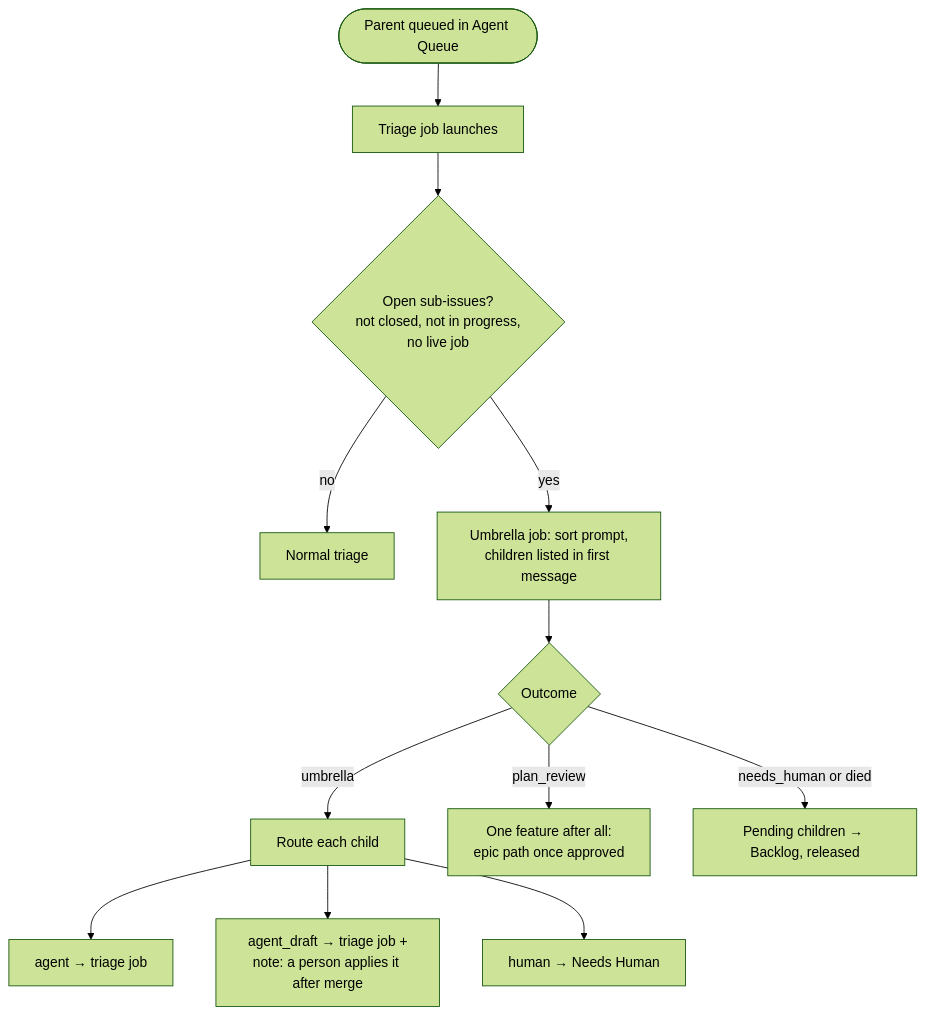
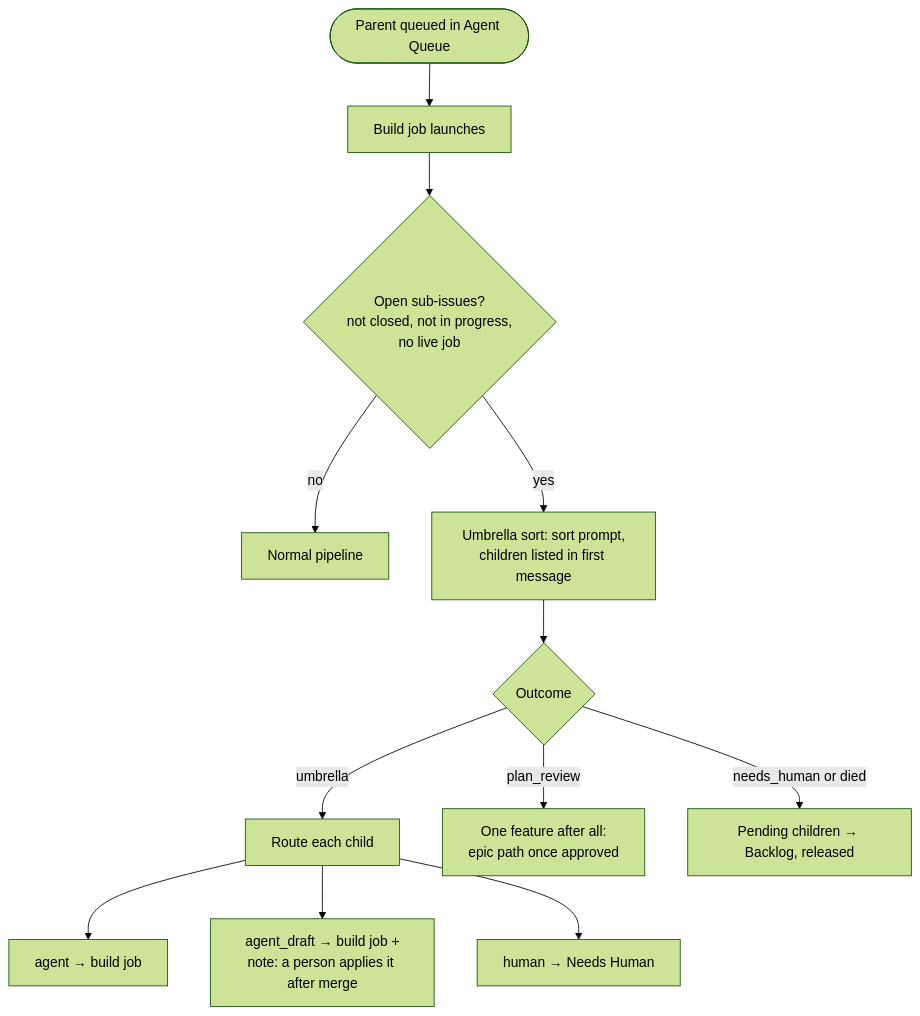
One commit to alairock/agent-console-spec changed the second of 2 diagrams in docs/07-epics-and-umbrellas.md. Above: the diagram before and after it, drawn with Mermaid (forest theme). The commit also changed other lines of this file and 16 other files, not shown here.

First line of the commit message:
Describe the pipeline as the design: one build job per ticket

````diff
--- a/docs/07-epics-and-umbrellas.md
+++ b/docs/07-epics-and-umbrellas.md
@@ -65,14 +69,14 @@
 ```mermaid
 flowchart TD
-  Q([Parent queued in Agent Queue]) --> L[Triage job launches]
+  Q([Parent queued in Agent Queue]) --> L[Build job launches]
   L --> D{Open sub-issues?<br/>not closed, not in progress,<br/>no live job}
-  D -->|no| N[Normal triage]
-  D -->|yes| U[Umbrella job: sort prompt,<br/>children listed in first message]
+  D -->|no| N[Normal pipeline]
+  D -->|yes| U[Umbrella sort: sort prompt,<br/>children listed in first message]
   U --> O{Outcome}
   O -->|umbrella| R[Route each child]
-  R --> A1[agent → triage job]
-  R --> A2[agent_draft → triage job +<br/>note: a person applies it after merge]
+  R --> A1[agent → build job]
+  R --> A2[agent_draft → build job +<br/>note: a person applies it after merge]
   R --> H[human → Needs Human]
   O -->|plan_review| PL[One feature after all:<br/>epic path once approved]
   O -->|needs_human or died| REL[Pending children → Backlog, released]
 ```
````
